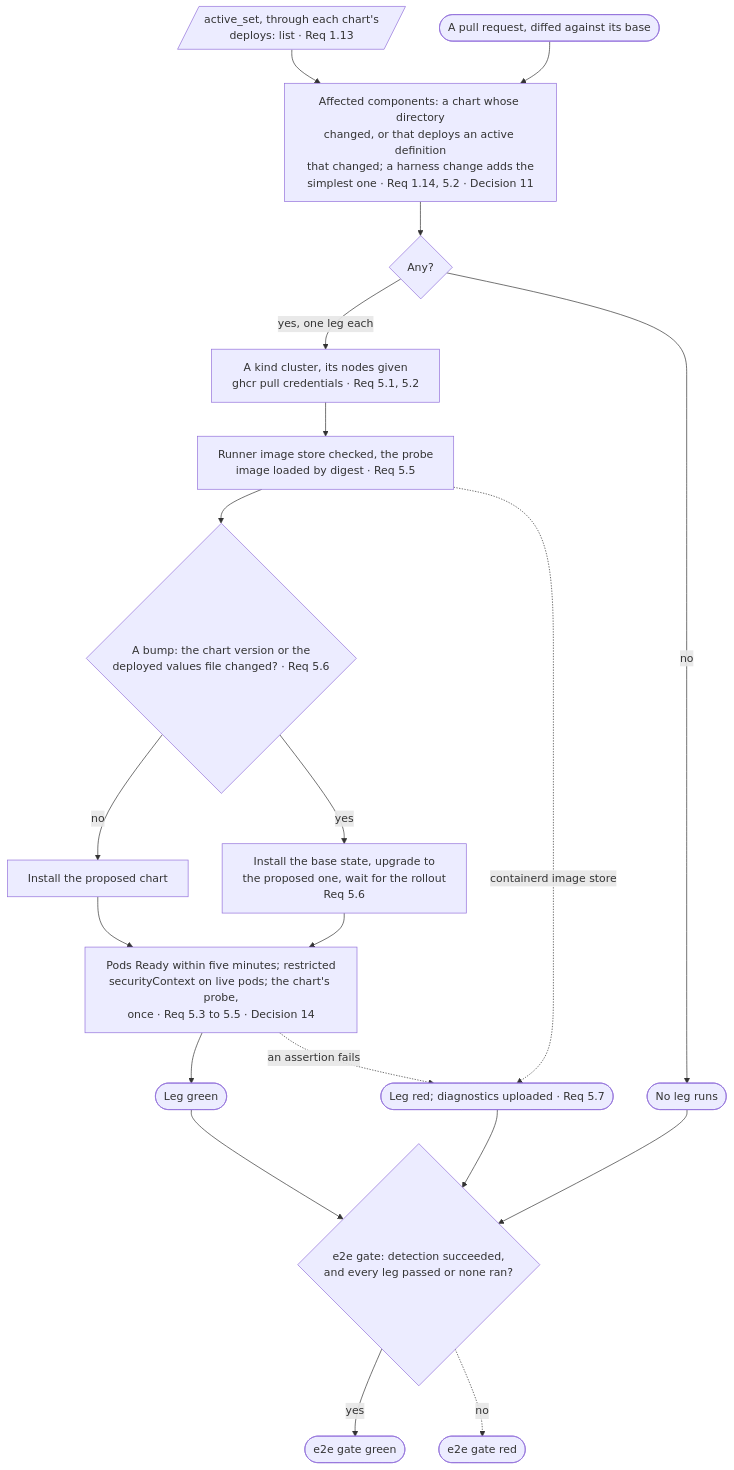
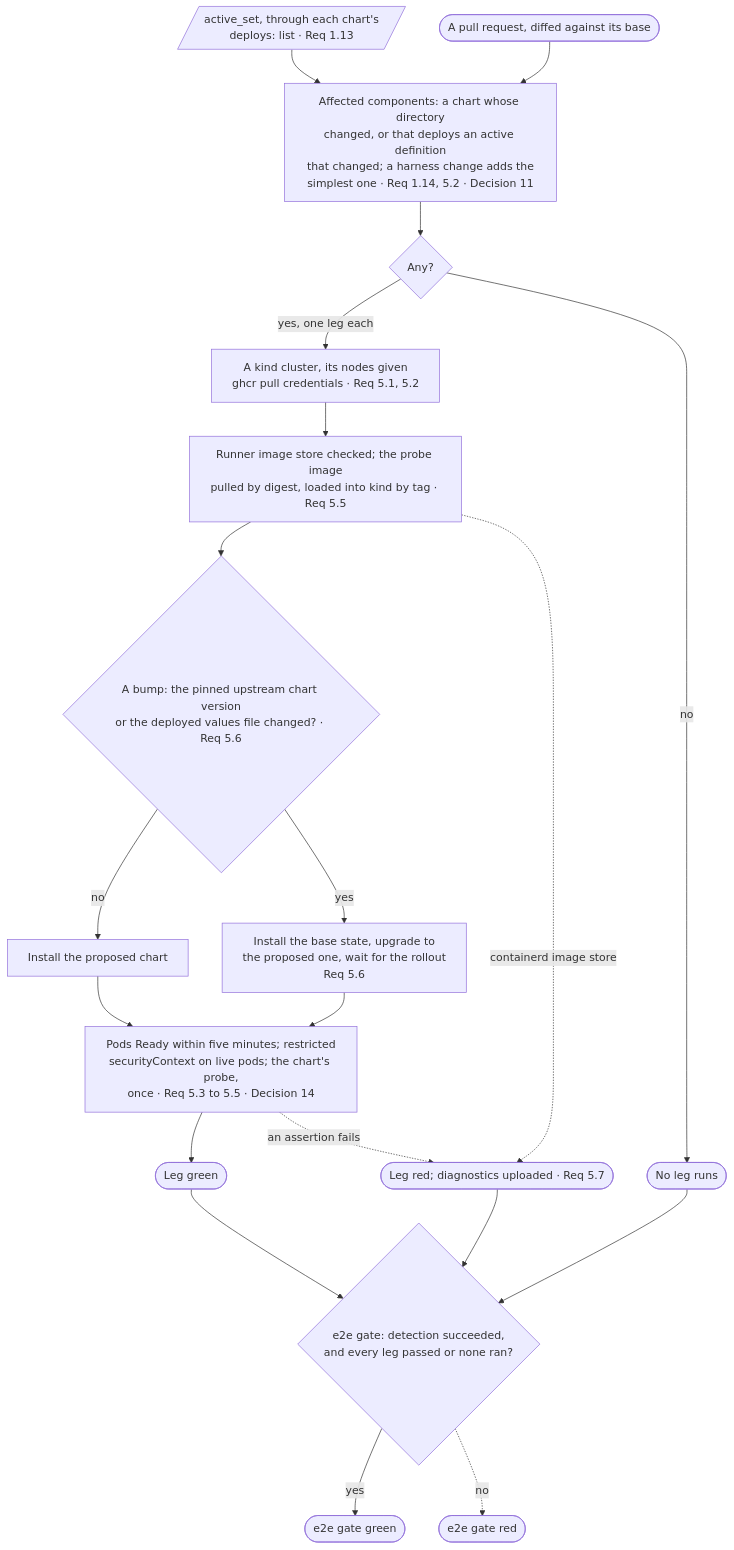
Before and after one commit to mm-weber/dhc-pipeline: diagram 12 of 31 in docs/lanes.md, drawn with Mermaid. The commit also changed other lines of this file, not shown here.

````diff
--- a/docs/lanes.md
+++ b/docs/lanes.md
@@ -419,34 +422,34 @@
 ```mermaid
 %%{init: {"flowchart": {"wrappingWidth": 340}}}%%
 flowchart TB
     SET[/"active_set, through each chart's<br/>deploys: list · Req 1.13"/]
     PR(["A pull request, diffed against its base"])
     AF["Affected components: a chart whose directory<br/>changed, or that deploys an active definition<br/>that changed; a harness change adds the<br/>simplest one · Req 1.14, 5.2 · Decision 11"]
     ANY{"Any?"}
     NONE(["No leg runs"])
     KC["A kind cluster, its nodes given<br/>ghcr pull credentials · Req 5.1, 5.2"]
-    IS["Runner image store checked, the probe<br/>image loaded by digest · Req 5.5"]
-    UP{"A bump: the chart version or the<br/>deployed values file changed? · Req 5.6"}
+    IS["Runner image store checked; the probe image<br/>pulled by digest, loaded into kind by tag · Req 5.5"]
+    UP{"A bump: the pinned upstream chart version<br/>or the deployed values file changed? · Req 5.6"}
     IN["Install the proposed chart"]
     UG["Install the base state, upgrade to<br/>the proposed one, wait for the rollout<br/>Req 5.6"]
     AS["Pods Ready within five minutes; restricted<br/>securityContext on live pods; the chart's probe,<br/>once · Req 5.3 to 5.5 · Decision 14"]
     OK(["Leg green"])
     DG(["Leg red; diagnostics uploaded · Req 5.7"])
     GATE{"e2e gate: detection succeeded,<br/>and every leg passed or none ran?"}
     GREEN(["e2e gate green"])
     RED(["e2e gate red"])
     SET --> AF
     PR --> AF --> ANY
     ANY -->|no| NONE
     ANY -->|yes, one leg each| KC --> IS --> UP
     UP -->|no| IN --> AS
     UP -->|yes| UG --> AS
     AS --> OK
     AS -.->|an assertion fails| DG
     IS -.->|containerd image store| DG
     OK --> GATE
     DG --> GATE
     NONE --> GATE
     GATE -->|yes| GREEN
     GATE -.->|no| RED
 ```
````
